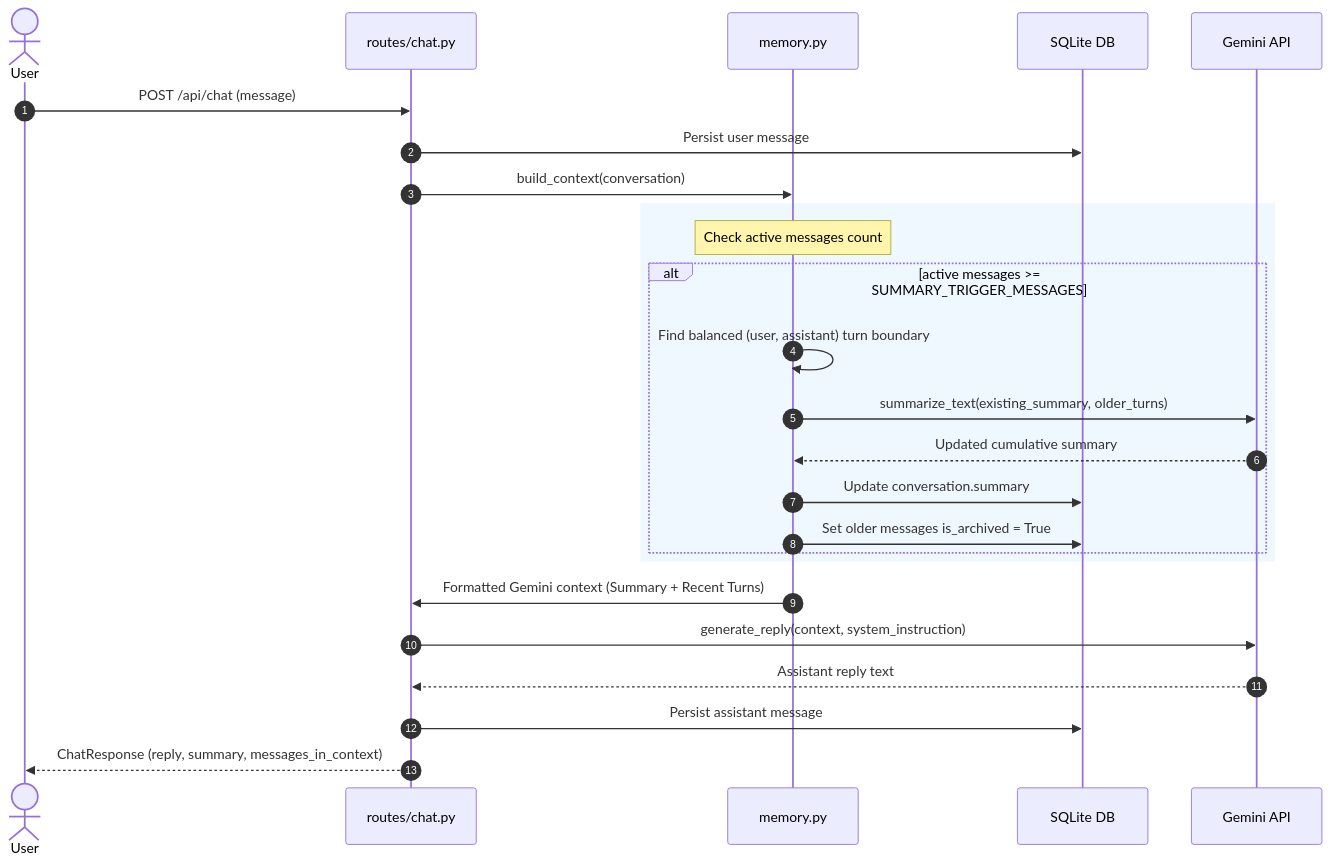
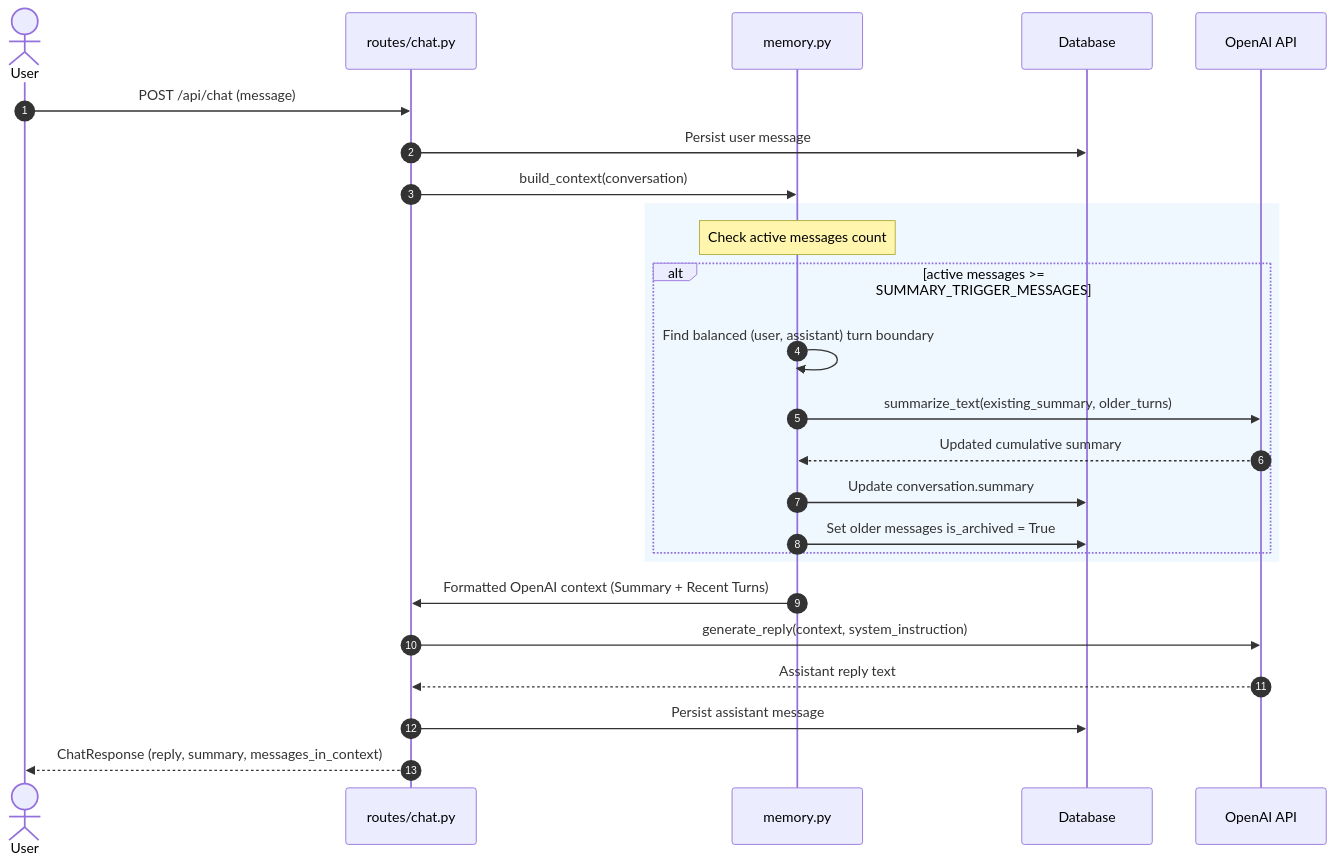
Before and after one commit to bvr4j/context-ai-chatbot: the second of 2 diagrams in README.md, drawn with Mermaid. The commit also changed other lines of this file and 18 other files, not shown here.

Commit message:
Switch ContextAI LLM provider from Gemini to OpenAI

````diff
--- a/README.md
+++ b/README.md
@@ -329,30 +335,30 @@
 ```mermaid
 sequenceDiagram
     autonumber
     actor User
     participant Route as routes/chat.py
     participant Memory as memory.py
-    participant DB as SQLite DB
-    participant Gemini as Gemini API
+    participant DB as Database
+    participant OpenAI as OpenAI API
 
     User->>Route: POST /api/chat (message)
     Route->>DB: Persist user message
     Route->>Memory: build_context(conversation)
     
     rect rgb(240, 248, 255)
         Note over Memory: Check active messages count
         alt active messages >= SUMMARY_TRIGGER_MESSAGES
             Memory->>Memory: Find balanced (user, assistant) turn boundary
-            Memory->>Gemini: summarize_text(existing_summary, older_turns)
-            Gemini-->>Memory: Updated cumulative summary
+            Memory->>OpenAI: summarize_text(existing_summary, older_turns)
+            OpenAI-->>Memory: Updated cumulative summary
             Memory->>DB: Update conversation.summary
             Memory->>DB: Set older messages is_archived = True
         end
     end
 
-    Memory->>Route: Formatted Gemini context (Summary + Recent Turns)
-    Route->>Gemini: generate_reply(context, system_instruction)
-    Gemini-->>Route: Assistant reply text
+    Memory->>Route: Formatted OpenAI context (Summary + Recent Turns)
+    Route->>OpenAI: generate_reply(context, system_instruction)
+    OpenAI-->>Route: Assistant reply text
     Route->>DB: Persist assistant message
     Route-->>User: ChatResponse (reply, summary, messages_in_context)
 ```
````
